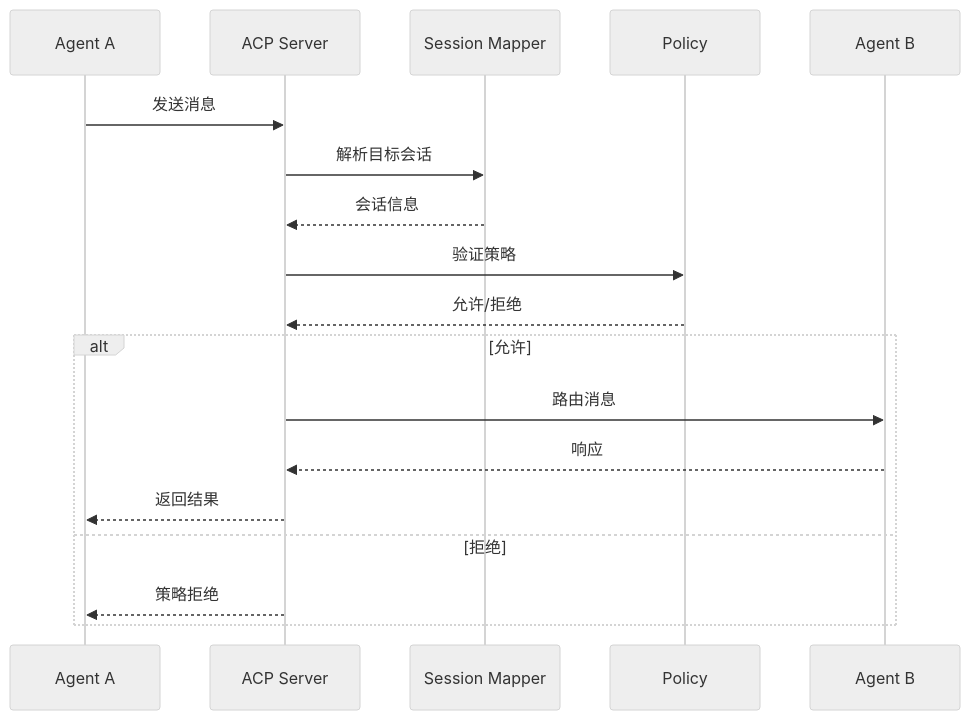
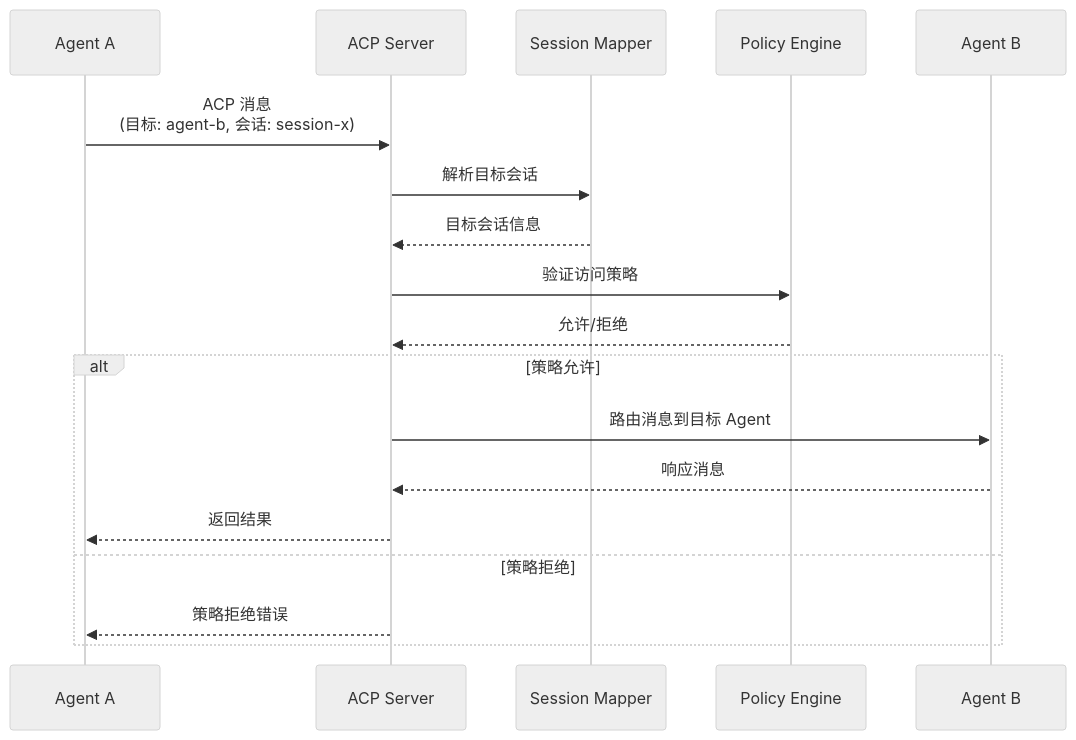
The third of 14 diagrams in docs/zh/products/automation/openclaw/source-code/acp.md (zenHeart/learn-ai), drawn with Mermaid (neutral theme) before and after one commit. The commit also changed other lines of this file and 10 other files, not shown here.

````diff
--- a/docs/zh/products/automation/openclaw/source-code/acp.md
+++ b/docs/zh/products/automation/openclaw/source-code/acp.md
@@ -72,23 +86,23 @@
 ```mermaid
 sequenceDiagram
     participant A as Agent A
     participant S as ACP Server
     participant M as Session Mapper
-    participant P as Policy
+    participant P as Policy Engine
     participant B as Agent B
     
-    A->>S: 发送消息
+    A->>S: ACP 消息<br/>(目标: agent-b, 会话: session-x)
     S->>M: 解析目标会话
-    M-->>S: 会话信息
+    M-->>S: 目标会话信息
     
-    S->>P: 验证策略
+    S->>P: 验证访问策略
     P-->>S: 允许/拒绝
     
-    alt 允许
-        S->>B: 路由消息
-        B-->>S: 响应
+    alt 策略允许
+        S->>B: 路由消息到目标 Agent
+        B-->>S: 响应消息
         S-->>A: 返回结果
-    else 拒绝
-        S-->>A: 策略拒绝
+    else 策略拒绝
+        S-->>A: 策略拒绝错误
     end
 ```
````
